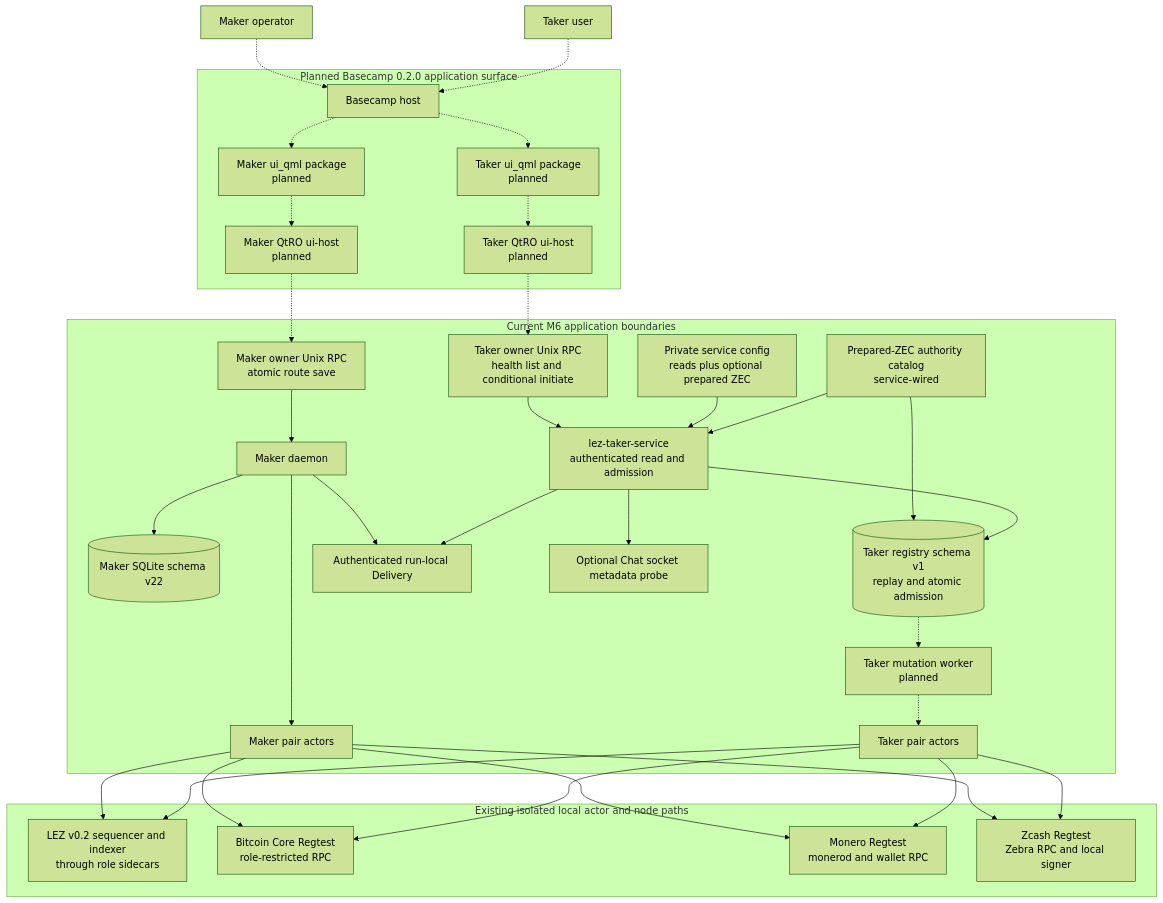
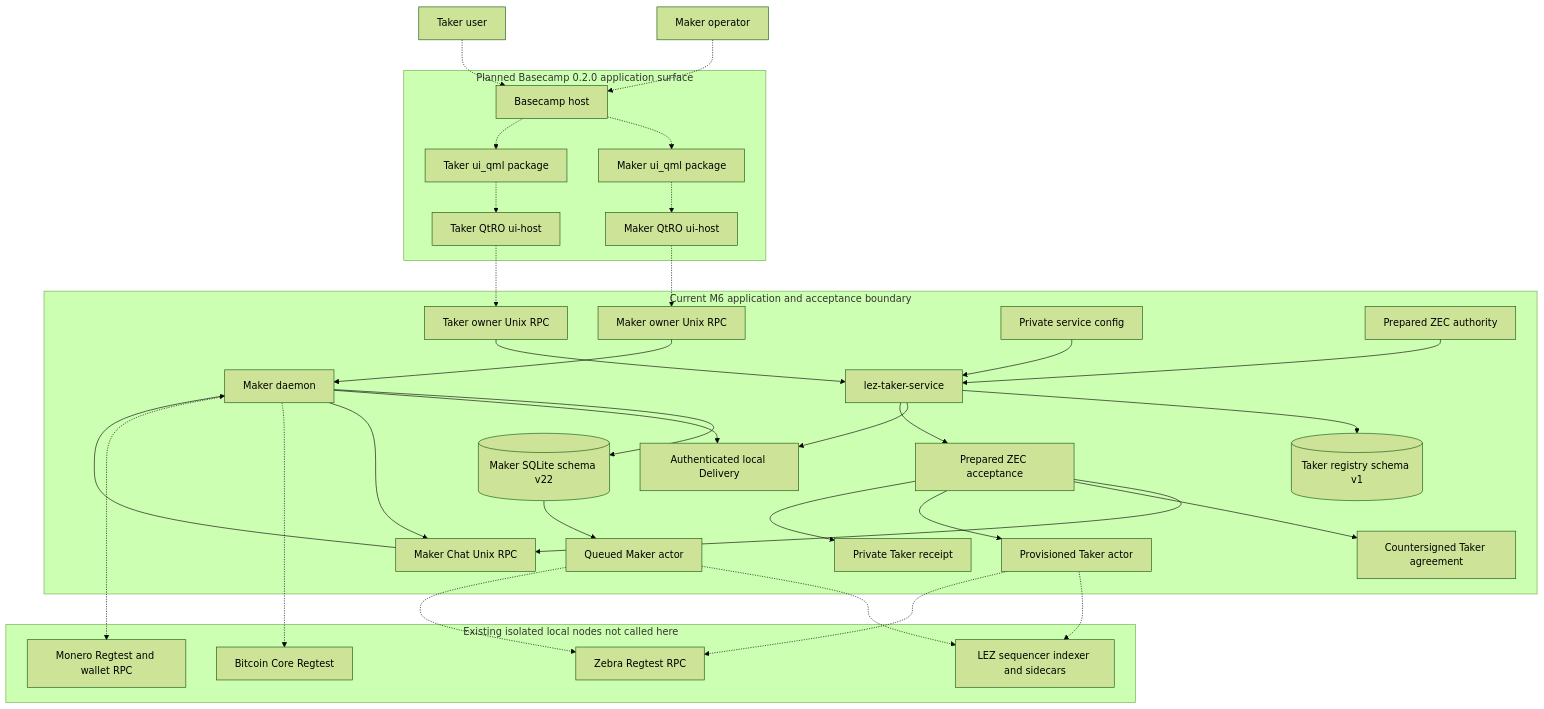
One commit to gateway-fm/lez-atomic-swaps changed the second of 34 diagrams in docs/architecture/system-architecture.md. Above: the diagram before and after it, drawn with Mermaid (forest theme). The commit also changed other lines of this file and 9 other files, not shown here.

Commit message:
docs(m6): explain prepared ZEC acceptance

````diff
--- a/docs/architecture/system-architecture.md
+++ b/docs/architecture/system-architecture.md
@@ -70,69 +74,72 @@
 ```mermaid
 flowchart TB
     MakerOperator["Maker operator"]
     TakerUser["Taker user"]
 
     subgraph BasecampTarget["Planned Basecamp 0.2.0 application surface"]
         Basecamp["Basecamp host"]
-        MakerQml["Maker ui_qml package<br/>planned"]
-        TakerQml["Taker ui_qml package<br/>planned"]
-        MakerHost["Maker QtRO ui-host<br/>planned"]
-        TakerHost["Taker QtRO ui-host<br/>planned"]
+        MakerQml["Maker ui_qml package"]
+        TakerQml["Taker ui_qml package"]
+        MakerHost["Maker QtRO ui-host"]
+        TakerHost["Taker QtRO ui-host"]
     end
 
-    subgraph CurrentM6["Current M6 application boundaries"]
-        MakerRpc["Maker owner Unix RPC<br/>atomic route save"]
+    subgraph CurrentM6["Current M6 application and acceptance boundary"]
+        MakerRpc["Maker owner Unix RPC"]
         MakerDaemon["Maker daemon"]
         MakerDb[("Maker SQLite schema v22")]
-        TakerSocket["Taker owner Unix RPC<br/>health list and conditional initiate"]
-        TakerService["lez-taker-service<br/>authenticated read and admission"]
-        TakerConfig["Private service config<br/>reads plus optional prepared ZEC"]
-        PreparedConfig["Prepared-ZEC authority catalog<br/>service-wired"]
-        Registry[("Taker registry schema v1<br/>replay and atomic admission")]
-        Worker["Taker mutation worker<br/>planned"]
-        Delivery["Authenticated run-local Delivery"]
-        ChatProbe["Optional Chat socket metadata probe"]
-        MakerActors["Maker pair actors"]
-        TakerActors["Taker pair actors"]
+        Delivery["Authenticated local Delivery"]
+        Chat["Maker Chat Unix RPC"]
+        TakerSocket["Taker owner Unix RPC"]
+        TakerService["lez-taker-service"]
+        TakerConfig["Private service config"]
+        Prepared["Prepared ZEC authority"]
+        Registry[("Taker registry schema v1")]
+        Accept["Prepared ZEC acceptance"]
+        Agreement["Countersigned Taker agreement"]
+        Receipt["Private Taker receipt"]
+        MakerActor["Queued Maker actor"]
+        TakerActor["Provisioned Taker actor"]
     end
 
-    subgraph LocalChains["Existing isolated local actor and node paths"]
-        Lez["LEZ v0.2 sequencer and indexer<br/>through role sidecars"]
-        Bitcoin["Bitcoin Core Regtest<br/>role-restricted RPC"]
-        Monero["Monero Regtest<br/>monerod and wallet RPC"]
-        Zcash["Zcash Regtest<br/>Zebra RPC and local signer"]
+    subgraph LocalChains["Existing isolated local nodes not called here"]
+        Lez["LEZ sequencer indexer and sidecars"]
+        Bitcoin["Bitcoin Core Regtest"]
+        Monero["Monero Regtest and wallet RPC"]
+        Zcash["Zebra Regtest RPC"]
     end
 
     MakerOperator -.-> Basecamp
     TakerUser -.-> Basecamp
     Basecamp -.-> MakerQml
     Basecamp -.-> TakerQml
     MakerQml -.-> MakerHost
     TakerQml -.-> TakerHost
     MakerHost -.-> MakerRpc
     TakerHost -.-> TakerSocket
 
     MakerRpc --> MakerDaemon
     MakerDaemon --> MakerDb
     MakerDaemon --> Delivery
-    MakerDaemon --> MakerActors
+    MakerDaemon --> Chat
 
     TakerSocket --> TakerService
     TakerConfig --> TakerService
-    PreparedConfig --> TakerService
-    PreparedConfig --> Registry
+    Prepared --> TakerService
+    TakerService --> Registry
     TakerService --> Delivery
-    TakerService --> ChatProbe
-    TakerService --> Registry
-    Registry -.-> Worker
-    Worker -.-> TakerActors
+    TakerService --> Accept
+    Accept --> Chat
+    Chat --> MakerDaemon
+    MakerDb --> MakerActor
+    Accept --> Agreement
+    Accept --> TakerActor
+    Accept --> Receipt
 
-    MakerActors --> Lez
-    MakerActors --> Bitcoin
-    MakerActors --> Monero
-    MakerActors --> Zcash
-    TakerActors --> Lez
-    TakerActors --> Bitcoin
-    TakerActors --> Monero
-    TakerActors --> Zcash
+    MakerActor -.-> Lez
+    MakerActor -.-> Zcash
+    TakerActor -.-> Lez
+    TakerActor -.-> Zcash
+    MakerDaemon -.-> Bitcoin
+    MakerDaemon -.-> Monero
 ```
````
